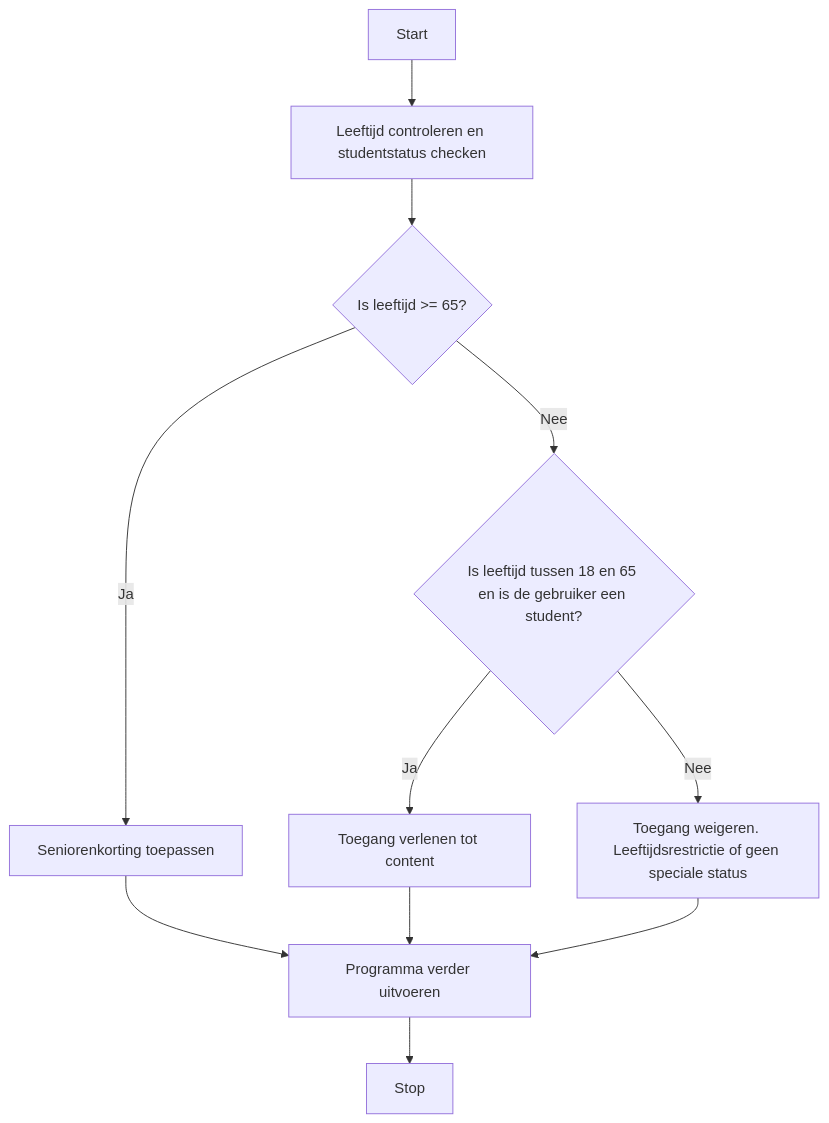
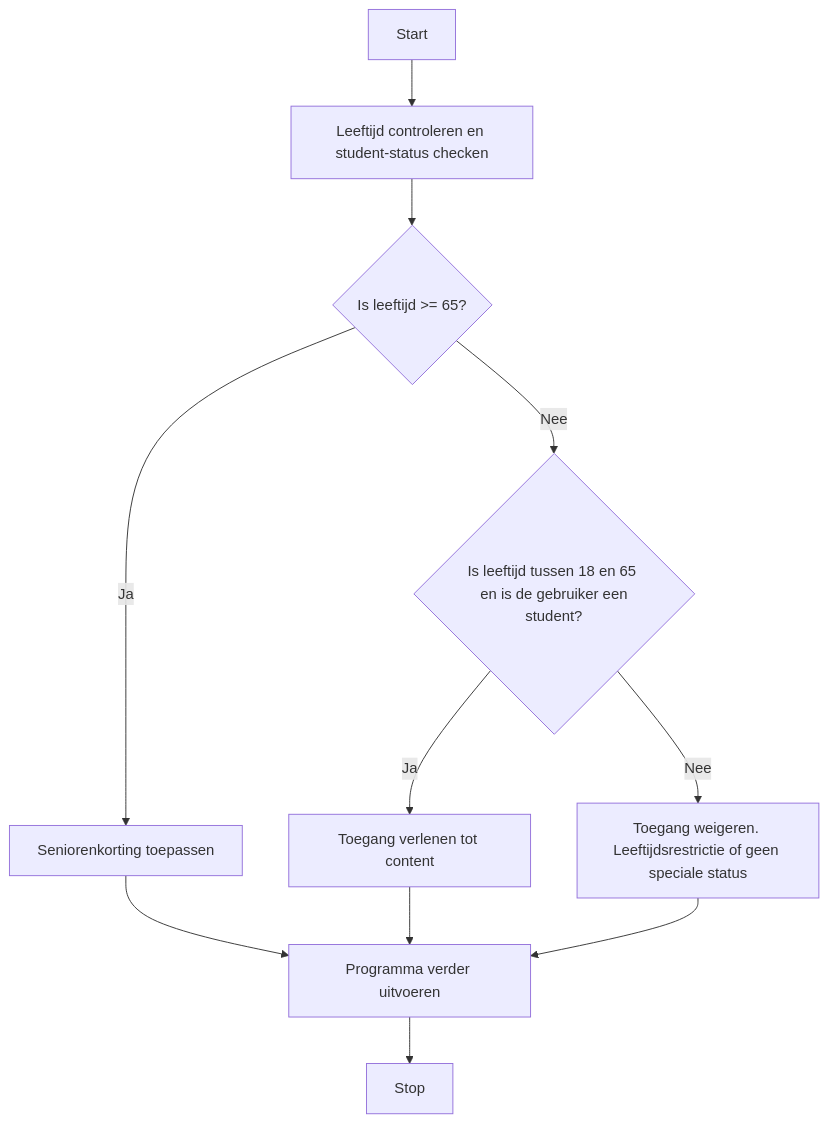
Before and after one commit to TeunvdKleij/Leerlijn-Content-SE: the diagram in content/3. Procedurele-informatie/3. Processen/4. Implementatieproces/2. Bouwen softwaresysteem/If-Else/1. If-Else.md, drawn with Mermaid.

Commit message:
Update 1. If-Else.md

````diff
--- a/content/3. Procedurele-informatie/3. Processen/4. Implementatieproces/2. Bouwen softwaresysteem/If-Else/1. If-Else.md
+++ b/content/3. Procedurele-informatie/3. Processen/4. Implementatieproces/2. Bouwen softwaresysteem/If-Else/1. If-Else.md
@@ -73,25 +73,25 @@
 ```mermaid
 
 flowchart TD
 
-    A[Start] --> B[Leeftijd controleren en studentstatus checken]
+    A[Start] --> B[Leeftijd controleren en student-status checken]
 
     B --> C{Is leeftijd >= 65?}
 
     C -- Ja --> D[Seniorenkorting toepassen]
 
-    C -- Nee --> E{Is leeftijd tussen 18 en 65 en is de gebruiker een student?}
+    C -- Nee --> E{Is leeftijd tussen 18 en 65 \n en is de gebruiker een student?}
 
     E -- Ja --> F[Toegang verlenen tot content]
 
     E -- Nee --> G[Toegang weigeren. Leeftijdsrestrictie of geen speciale status]
 
     D --> H[Programma verder uitvoeren]
 
     F --> H
 
     G --> H
 
     H --> I[Stop]
 
 ```
````
